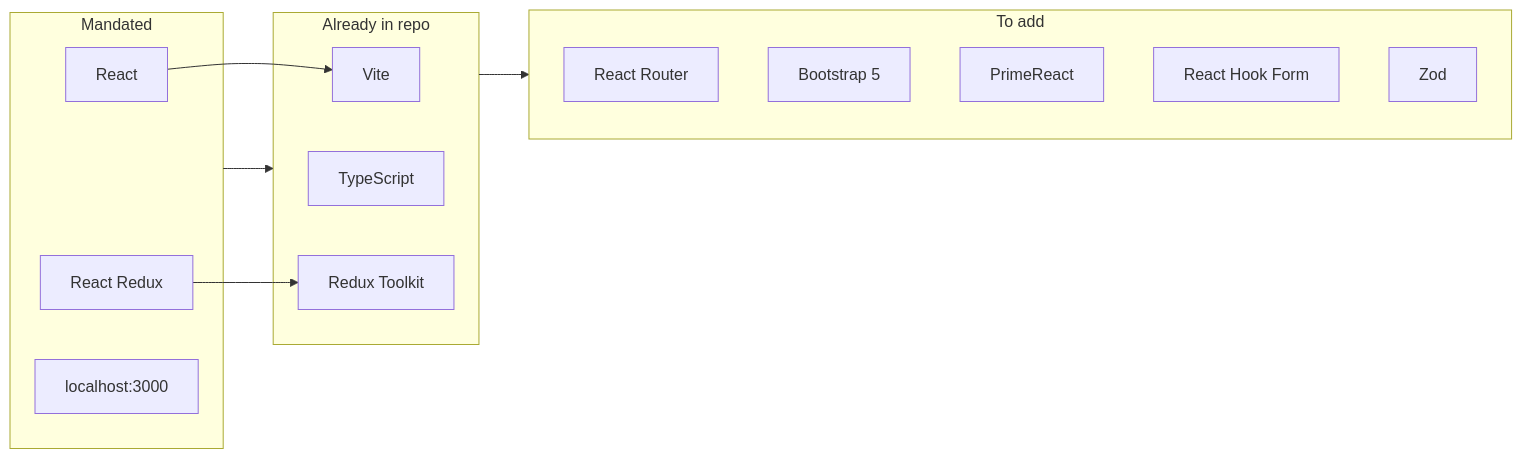
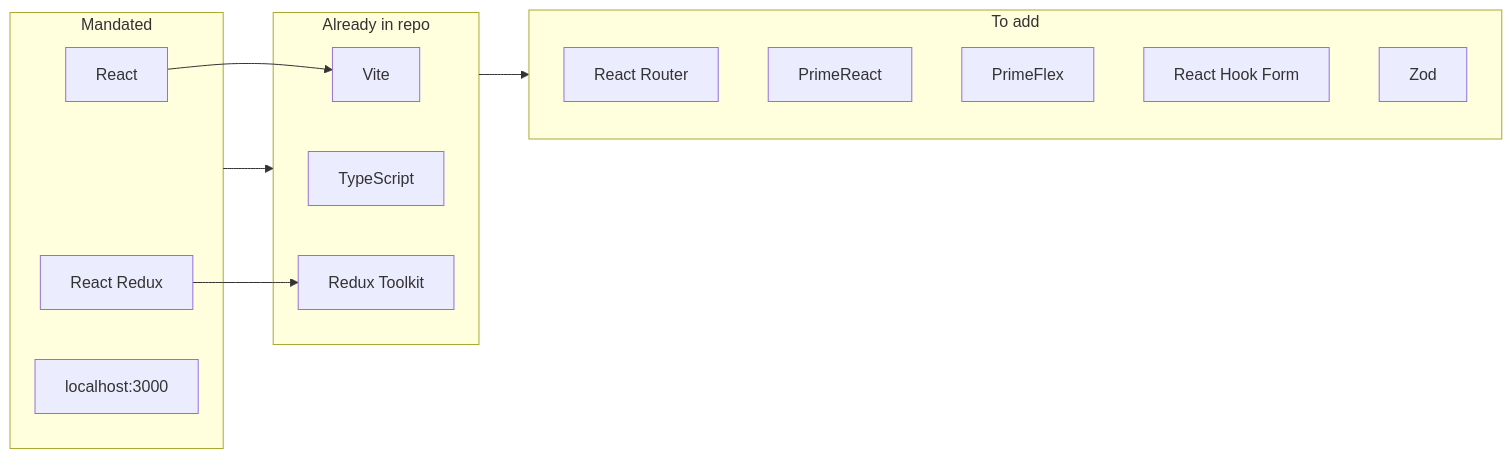
One commit to DevCoslike/Kamado changed the diagram in .cursor/plans/kamado-tech-stack.md. Above: the diagram before and after it, drawn with Mermaid. The commit also changed other lines of this file and 4 other files, not shown here.

Commit message:
Update dependencies to remove Bootstrap and add PrimeFlex; revise styling documentation in tech stack overview

````diff
--- a/.cursor/plans/kamado-tech-stack.md
+++ b/.cursor/plans/kamado-tech-stack.md
@@ -56,24 +56,24 @@
 ```mermaid
 flowchart LR
   subgraph Core["Mandated"]
     React[React]
     Redux[React Redux]
     Port[localhost:3000]
   end
   subgraph Current["Already in repo"]
     Vite[Vite]
     TS[TypeScript]
     RTK[Redux Toolkit]
   end
   subgraph ToAdd["To add"]
     Router[React Router]
-    Bootstrap[Bootstrap 5]
     PrimeReact[PrimeReact]
+    PrimeFlex[PrimeFlex]
     RHF[React Hook Form]
     Zod[Zod]
   end
   React --> Vite
   Redux --> RTK
   Core --> Current
   Current --> ToAdd
 ```
````
